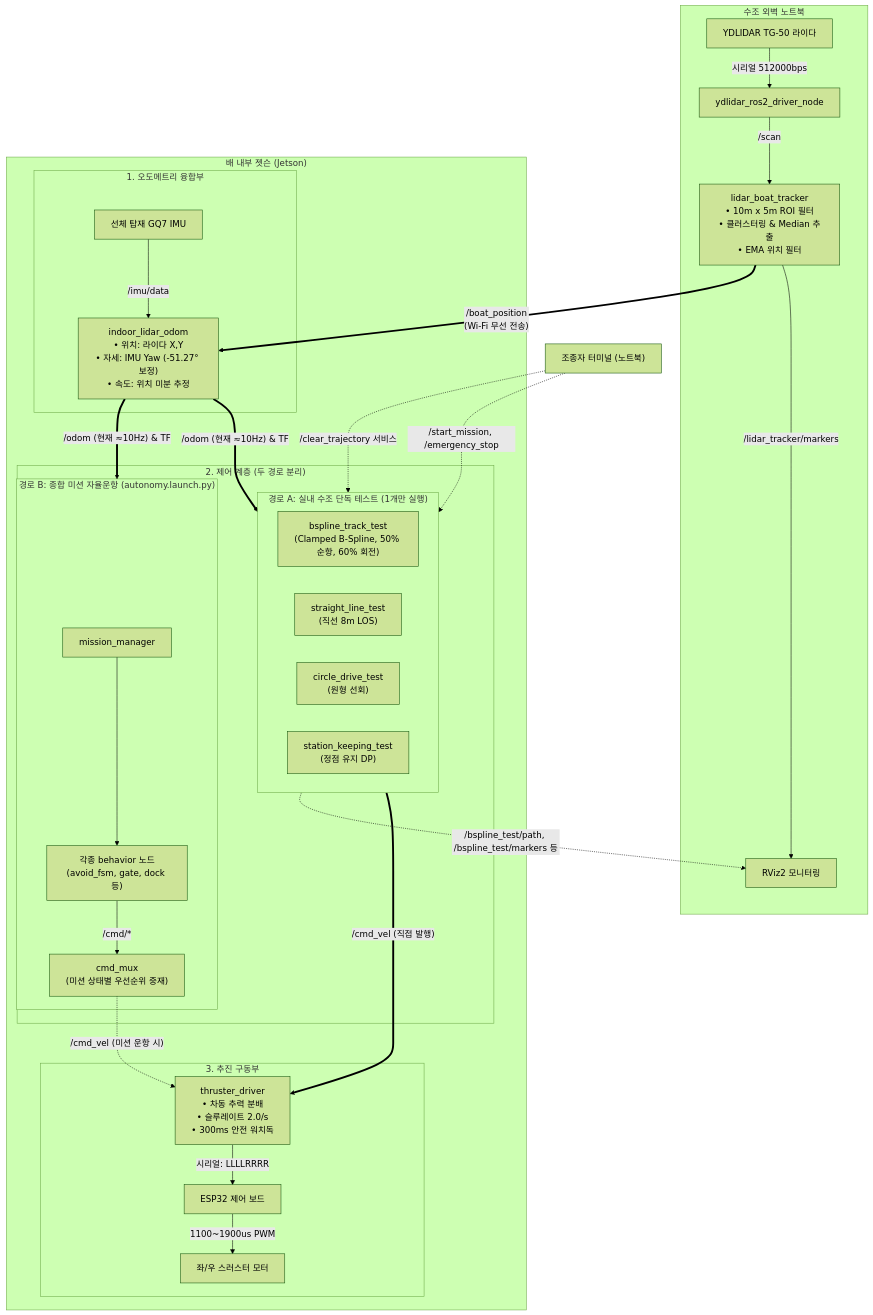
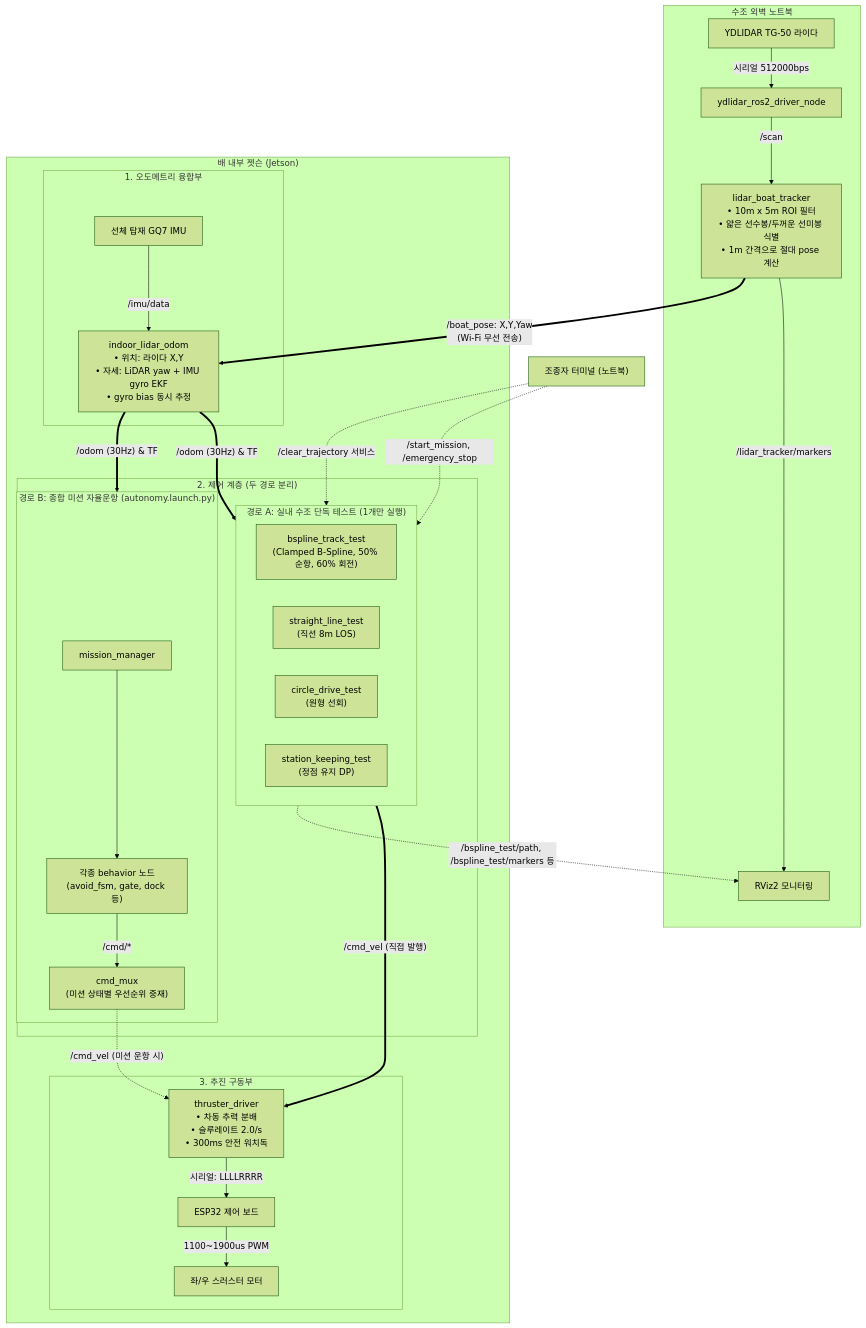
The diagram in SYSTEM_DATAFLOW.md (pegguiitar/kaboat_ws), drawn with Mermaid (forest theme) before and after one commit. The commit also changed other lines of this file and 24 other files, not shown here.

````diff
--- a/SYSTEM_DATAFLOW.md
+++ b/SYSTEM_DATAFLOW.md
@@ -64,46 +64,46 @@
 ```mermaid
 flowchart TD
     subgraph LAPTOP ["수조 외벽 노트북"]
         LidarHW["YDLIDAR TG-50 라이다"] -->|"시리얼 512000bps"| Driver["ydlidar_ros2_driver_node"]
-        Driver -->|"/scan"| Tracker["lidar_boat_tracker<br/>• 10m x 5m ROI 필터<br/>• 클러스터링 & Median 추출<br/>• EMA 위치 필터"]
+        Driver -->|"/scan"| Tracker["lidar_boat_tracker<br/>• 10m x 5m ROI 필터<br/>• 얇은 선수봉/두꺼운 선미봉 식별<br/>• 1m 간격으로 절대 pose 계산"]
         Tracker -->|"/lidar_tracker/markers"| Rviz["RViz2 모니터링"]
     end
 
-    Tracker ==>|"/boat_position<br/>(Wi-Fi 무선 전송)"| OdomFusion
+    Tracker ==>|"/boat_pose: X,Y,Yaw<br/>(Wi-Fi 무선 전송)"| OdomFusion
     UserCmd["조종자 터미널 (노트북)"] -.->|"/start_mission, /emergency_stop"| TestNodes
     UserCmd -.->|"/clear_trajectory 서비스"| TestNodes
 
     subgraph JETSON ["배 내부 젯슨 (Jetson)"]
         subgraph SENSORS ["1. 오도메트리 융합부"]
             IMU_HW["선체 탑재 GQ7 IMU"] -->|"/imu/data"| OdomFusion
-            OdomFusion["indoor_lidar_odom<br/>• 위치: 라이다 X,Y<br/>• 자세: IMU Yaw (-51.27° 보정)<br/>• 속도: 위치 미분 추정"]
+            OdomFusion["indoor_lidar_odom<br/>• 위치: 라이다 X,Y<br/>• 자세: LiDAR yaw + IMU gyro EKF<br/>• gyro bias 동시 추정"]
         end
 
-        OdomFusion ==>|"/odom (현재 ≈10Hz) & TF"| TestNodes
-        OdomFusion ==>|"/odom (현재 ≈10Hz) & TF"| MissionAutonomy
+        OdomFusion ==>|"/odom (30Hz) & TF"| TestNodes
+        OdomFusion ==>|"/odom (30Hz) & TF"| MissionAutonomy
 
         subgraph CONTROL ["2. 제어 계층 (두 경로 분리)"]
             subgraph TestNodes ["경로 A: 실내 수조 단독 테스트 (1개만 실행)"]
                 BsplineNode["bspline_track_test<br/>(Clamped B-Spline, 50% 순항, 60% 회전)"]
                 StraightNode["straight_line_test<br/>(직선 8m LOS)"]
                 CircleNode["circle_drive_test<br/>(원형 선회)"]
                 StationNode["station_keeping_test<br/>(정점 유지 DP)"]
             end
 
             subgraph MissionAutonomy ["경로 B: 종합 미션 자율운항 (autonomy.launch.py)"]
                 MissionMgr["mission_manager"] --> Behaviors["각종 behavior 노드<br/>(avoid_fsm, gate, dock 등)"]
                 Behaviors -->|"/cmd/*"| CmdMux["cmd_mux<br/>(미션 상태별 우선순위 중재)"]
             end
         end
 
         TestNodes ==>|"/cmd_vel (직접 발행)"| ThrusterNode
         TestNodes -.->|"/bspline_test/path, /bspline_test/markers 등"| Rviz
         CmdMux -.->|"/cmd_vel (미션 운항 시)"| ThrusterNode
 
         subgraph ACTUATION ["3. 추진 구동부"]
             ThrusterNode["thruster_driver<br/>• 차동 추력 분배<br/>• 슬루레이트 2.0/s<br/>• 300ms 안전 워치독"]
             ThrusterNode -->|"시리얼: LLLLRRRR\n"| ESP32["ESP32 제어 보드"]
             ESP32 -->|"1100~1900us PWM"| Motors["좌/우 스러스터 모터"]
         end
     end
 ```
````
